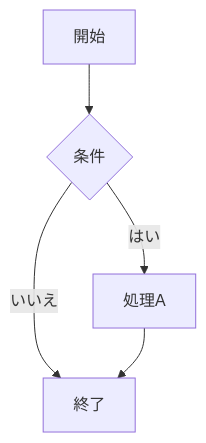
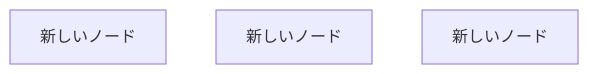
The diagram in sample/project.md (Hashi-Kazu/vscode-mermaid-visual-editor), drawn with Mermaid before and after one commit.

Commit message:
chore: サンプル project.md を更新

````diff
--- a/sample/project.md
+++ b/sample/project.md
@@ -1,7 +1,7 @@
 ```mermaid
 flowchart TD
-    A[開始] --> B{条件}
-    B -->|はい| C[処理A]
-    B -->|いいえ| D[終了]
-    C --> D
+    node7[新しいノード]
+    node7[新しいノード]
+    node6[新しいノード]
+    node5[新しいノード]
 ```
````
